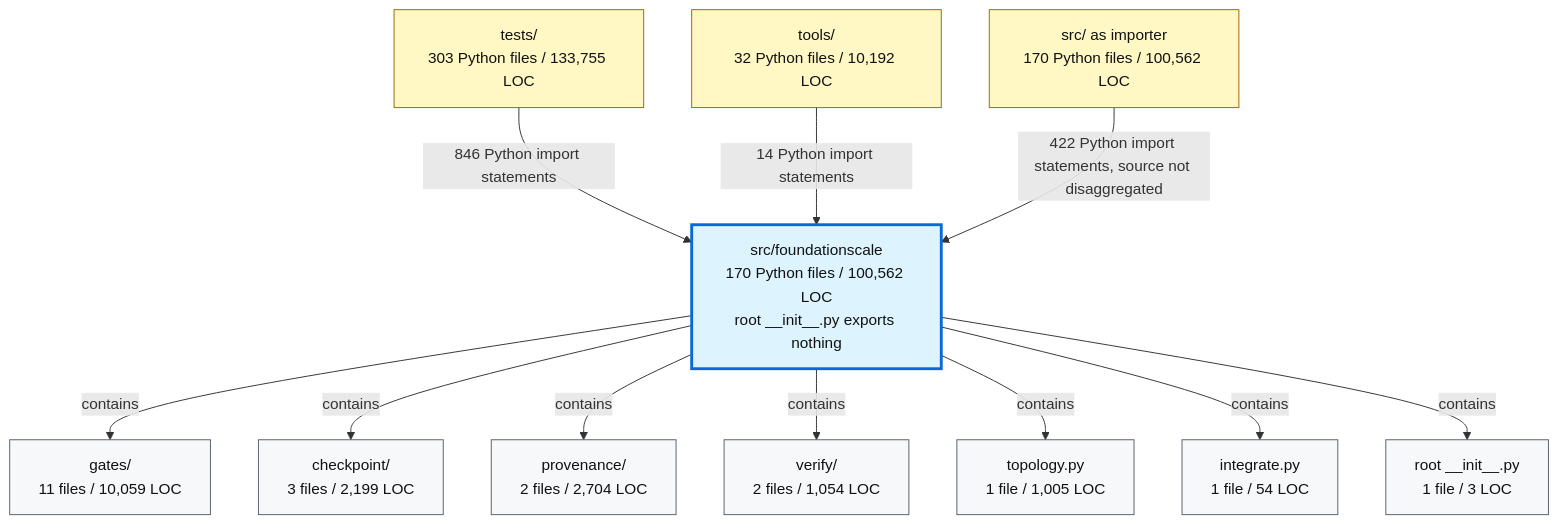
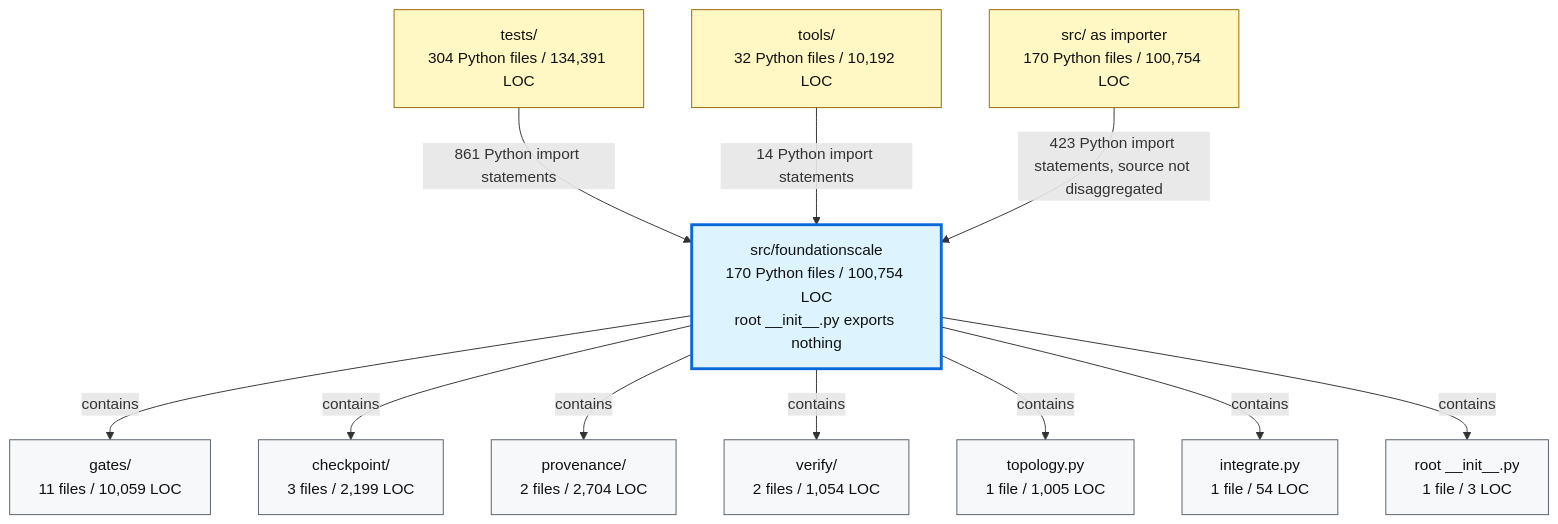
The second of 2 diagrams in docs/review/D2_current_architecture.md (TranNhiem/FoundationScale), drawn with Mermaid before and after one commit. The commit also changed other lines of this file and 12 other files, not shown here.

````diff
--- a/docs/review/D2_current_architecture.md
+++ b/docs/review/D2_current_architecture.md
@@ -97,36 +97,36 @@
 ```mermaid
 flowchart TB
-  TESTS["tests/<br/>303 Python files / 133,755 LOC"]
+  TESTS["tests/<br/>304 Python files / 134,391 LOC"]
   TOOLS["tools/<br/>32 Python files / 10,192 LOC"]
-  SRC["src/ as importer<br/>170 Python files / 100,562 LOC"]
+  SRC["src/ as importer<br/>170 Python files / 100,754 LOC"]
 
-  FS["src/foundationscale<br/>170 Python files / 100,562 LOC<br/>root __init__.py exports nothing"]
+  FS["src/foundationscale<br/>170 Python files / 100,754 LOC<br/>root __init__.py exports nothing"]
 
   GATES["gates/<br/>11 files / 10,059 LOC"]
   CKPT["checkpoint/<br/>3 files / 2,199 LOC"]
   PROV["provenance/<br/>2 files / 2,704 LOC"]
   VERIFY["verify/<br/>2 files / 1,054 LOC"]
   TOPO["topology.py<br/>1 file / 1,005 LOC"]
   INTEG["integrate.py<br/>1 file / 54 LOC"]
   ROOT["root __init__.py<br/>1 file / 3 LOC"]
 
-  TESTS -->|"846 Python import statements"| FS
+  TESTS -->|"861 Python import statements"| FS
   TOOLS -->|"14 Python import statements"| FS
-  SRC -->|"422 Python import statements, source not disaggregated"| FS
+  SRC -->|"423 Python import statements, source not disaggregated"| FS
 
   FS -->|"contains"| GATES
   FS -->|"contains"| CKPT
   FS -->|"contains"| PROV
   FS -->|"contains"| VERIFY
   FS -->|"contains"| TOPO
   FS -->|"contains"| INTEG
   FS -->|"contains"| ROOT
 
   classDef consumer fill:#fff8c5,stroke:#9a6700,color:#111;
   classDef package fill:#ddf4ff,stroke:#0969da,stroke-width:3px,color:#111;
   classDef module fill:#f6f8fa,stroke:#57606a,color:#111;
 
   class TESTS,TOOLS,SRC consumer;
   class FS package;
   class GATES,CKPT,PROV,VERIFY,TOPO,INTEG,ROOT module;
 ```
````
